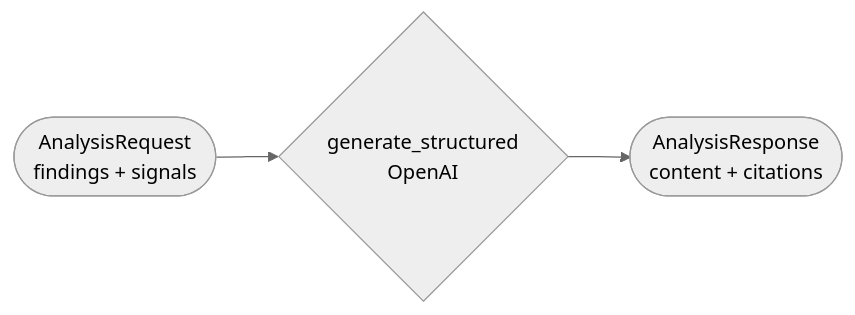
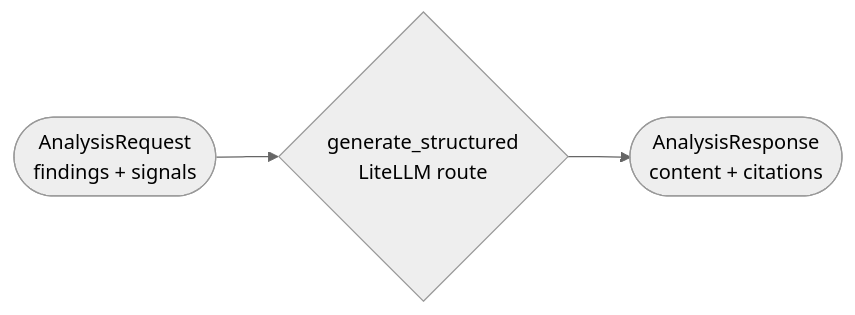
One commit to Anhnguyenk835/multi-agent changed the diagram in services/analyst/README.md. Above: the diagram before and after it, drawn with Mermaid (neutral theme). The commit also changed other lines of this file and 63 other files, not shown here.

Commit message:
integrate liteLLM LLM-gateway

````diff
--- a/services/analyst/README.md
+++ b/services/analyst/README.md
@@ -8,5 +8,5 @@
 ```mermaid
 flowchart LR
-    IN([AnalysisRequest<br/>findings + signals]) --> G{generate_structured<br/>OpenAI}
+    IN([AnalysisRequest<br/>findings + signals]) --> G{generate_structured<br/>LiteLLM route}
     G --> OUT([AnalysisResponse<br/>content + citations])
 ```
````
